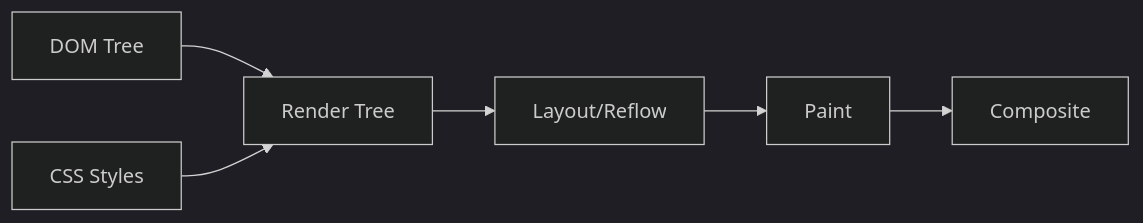
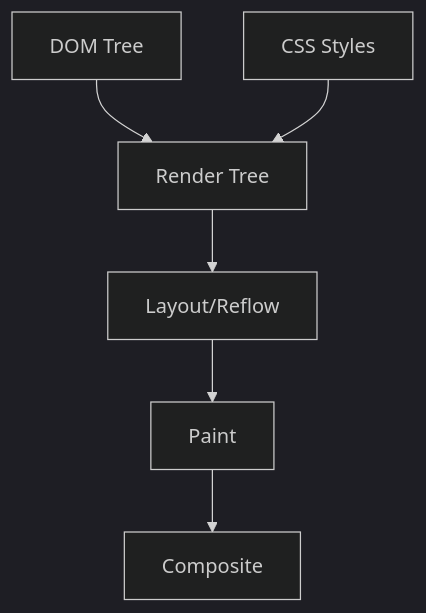
Before and after one commit to bytetunnels/bytetunnels.github.com: the second of 3 diagrams in _posts/2025-05-07-page-rendering-explained.md, drawn with Mermaid (dark theme). The commit also changed 25 other files, not shown here.

Commit message:
chore: fixed mermaid charts

````diff
--- a/_posts/2025-05-07-page-rendering-explained.md
+++ b/_posts/2025-05-07-page-rendering-explained.md
@@ -79,8 +79,11 @@
 ```mermaid
-graph LR
-    A[DOM Tree] --> C[Render Tree]
-    B[CSS Styles] --> C
+graph TD
+    A[DOM Tree]
+    B[CSS Styles]
+
+    A --> C[Render Tree]
+    B --> C
     C --> D[Layout/Reflow]
     D --> E[Paint]
     E --> F[Composite]
 ```
````
